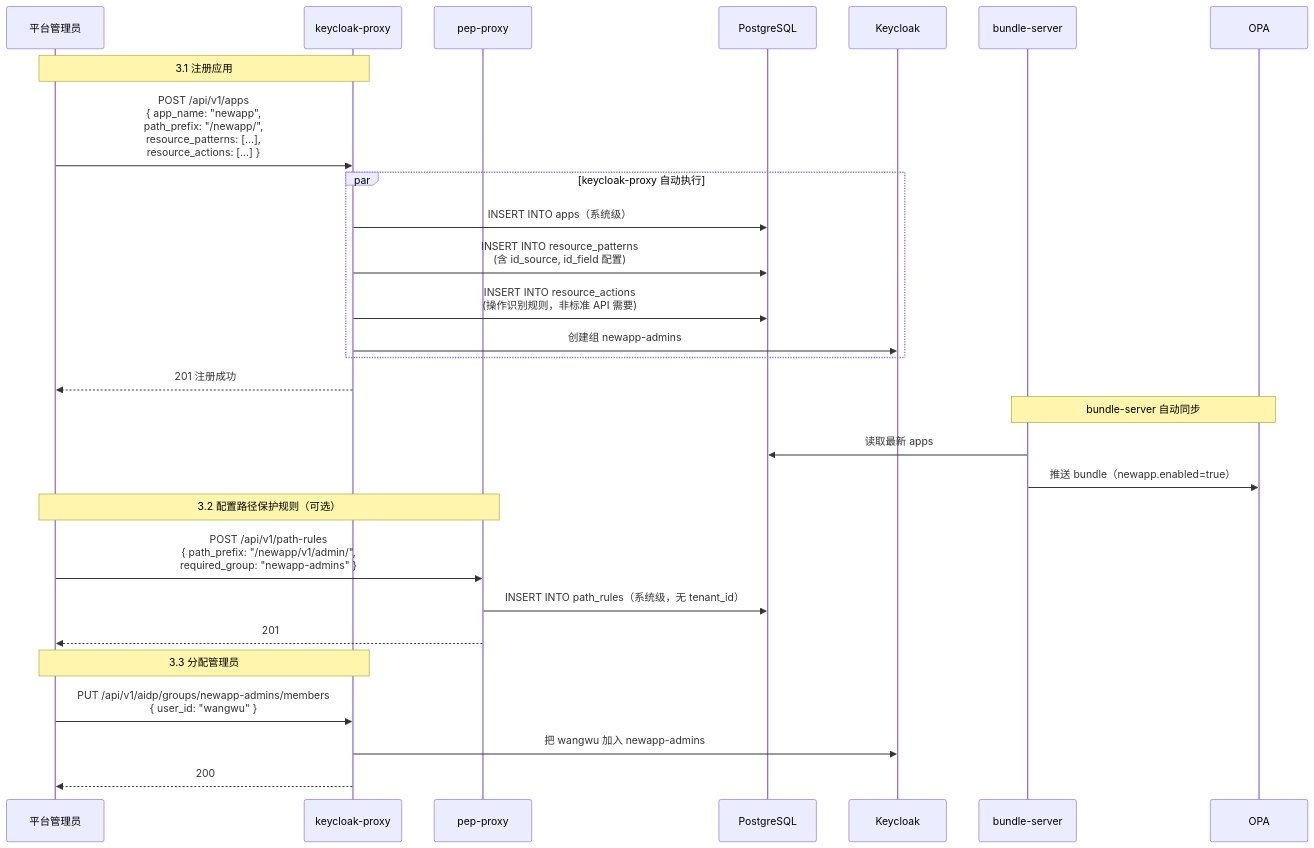
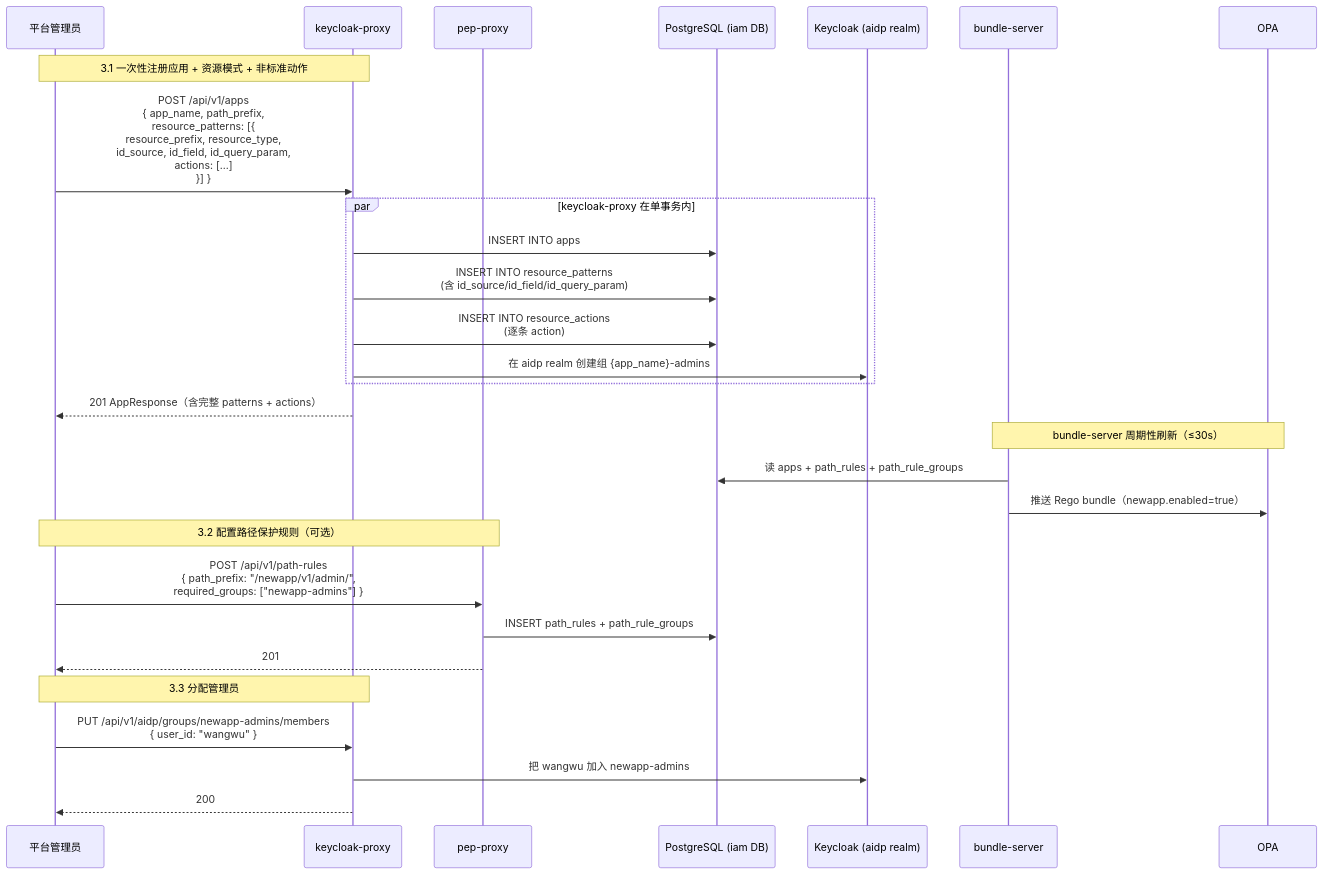
One commit to xiewanchao/aidp-iam changed the second of 8 diagrams in diagrams/onboarding-flow.md. Above: the diagram before and after it, drawn with Mermaid. The commit also changed other lines of this file and 3 other files, not shown here.

First line of the commit message:
feat(apps): nest resource_patterns with id_source/actions in app registration

````diff
--- a/diagrams/onboarding-flow.md
+++ b/diagrams/onboarding-flow.md
@@ -121,39 +90,39 @@
 ```mermaid
 sequenceDiagram
     participant ADMIN as 平台管理员
     participant KP as keycloak-proxy
     participant PP as pep-proxy
-    participant PG as PostgreSQL
-    participant KC as Keycloak
+    participant PG as PostgreSQL (iam DB)
+    participant KC as Keycloak (aidp realm)
     participant BS as bundle-server
     participant OPA as OPA
 
-    Note over ADMIN,KP: 3.1 注册应用
+    Note over ADMIN,KP: 3.1 一次性注册应用 + 资源模式 + 非标准动作
 
-    ADMIN->>KP: POST /api/v1/apps<br/>{ app_name: "newapp",<br/>  path_prefix: "/newapp/",<br/>  resource_patterns: [...],<br/>  resource_actions: [...] }
+    ADMIN->>KP: POST /api/v1/apps<br/>{ app_name, path_prefix,<br/>  resource_patterns: [{<br/>    resource_prefix, resource_type,<br/>    id_source, id_field, id_query_param,<br/>    actions: [...]<br/>  }] }
 
-    par keycloak-proxy 自动执行
-        KP->>PG: INSERT INTO apps（系统级）
-        KP->>PG: INSERT INTO resource_patterns<br/>(含 id_source, id_field 配置)
-        KP->>PG: INSERT INTO resource_actions<br/>(操作识别规则，非标准 API 需要)
-        KP->>KC: 创建组 newapp-admins
+    par keycloak-proxy 在单事务内
+        KP->>PG: INSERT INTO apps
+        KP->>PG: INSERT INTO resource_patterns<br/>(含 id_source/id_field/id_query_param)
+        KP->>PG: INSERT INTO resource_actions<br/>(逐条 action)
+        KP->>KC: 在 aidp realm 创建组 {app_name}-admins
     end
 
-    KP-->>ADMIN: 201 注册成功
+    KP-->>ADMIN: 201 AppResponse（含完整 patterns + actions）
 
-    Note over BS,OPA: bundle-server 自动同步
-    BS->>PG: 读取最新 apps
-    BS->>OPA: 推送 bundle（newapp.enabled=true）
+    Note over BS,OPA: bundle-server 周期性刷新（≤30s）
+    BS->>PG: 读 apps + path_rules + path_rule_groups
+    BS->>OPA: 推送 Rego bundle（newapp.enabled=true）
 
     Note over ADMIN,PP: 3.2 配置路径保护规则（可选）
 
-    ADMIN->>PP: POST /api/v1/path-rules<br/>{ path_prefix: "/newapp/v1/admin/",<br/>  required_group: "newapp-admins" }
-    PP->>PG: INSERT INTO path_rules（系统级，无 tenant_id）
+    ADMIN->>PP: POST /api/v1/path-rules<br/>{ path_prefix: "/newapp/v1/admin/",<br/>  required_groups: ["newapp-admins"] }
+    PP->>PG: INSERT path_rules + path_rule_groups
     PP-->>ADMIN: 201
 
     Note over ADMIN,KP: 3.3 分配管理员
 
     ADMIN->>KP: PUT /api/v1/aidp/groups/newapp-admins/members<br/>{ user_id: "wangwu" }
     KP->>KC: 把 wangwu 加入 newapp-admins
     KP-->>ADMIN: 200
 ```
````
